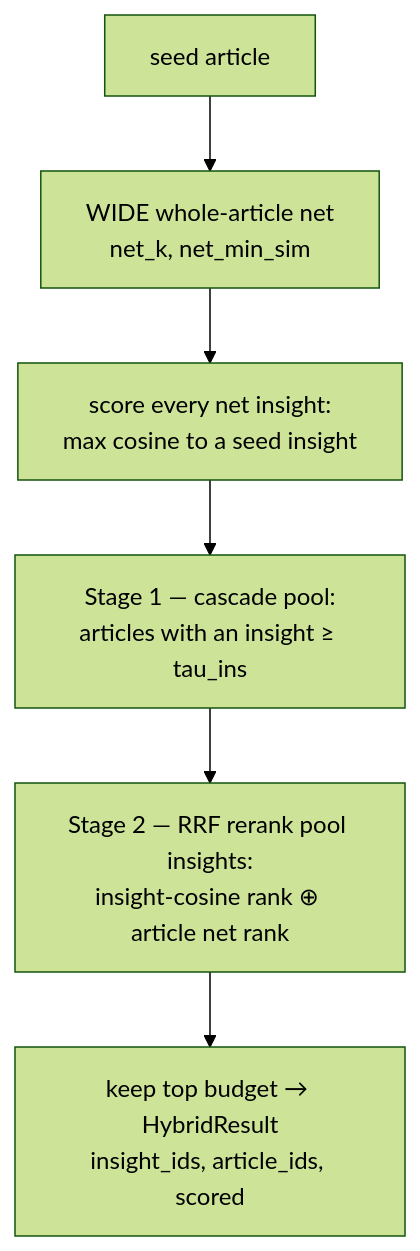
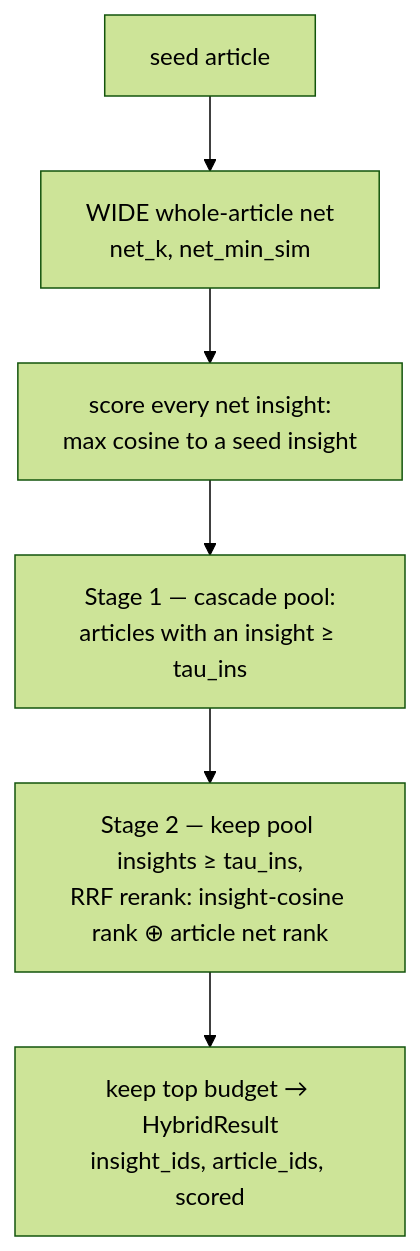
Before and after one commit to ShezZai/Ticker_News_Analyzer: the fourth of 7 diagrams in docs/flows.md, drawn with Mermaid (forest theme). The commit also changed other lines of this file and 3 other files, not shown here.

````diff
--- a/docs/flows.md
+++ b/docs/flows.md
@@ -220,8 +220,8 @@
 ```mermaid
 flowchart TD
     S[seed article] --> NET[WIDE whole-article net<br/>net_k, net_min_sim]
     NET --> COS[score every net insight:<br/>max cosine to a seed insight]
     COS --> POOL[Stage 1 — cascade pool:<br/>articles with an insight ≥ tau_ins]
-    POOL --> FUSE[Stage 2 — RRF rerank pool insights:<br/>insight-cosine rank ⊕ article net rank]
+    POOL --> FUSE[Stage 2 — keep pool insights ≥ tau_ins,<br/>RRF rerank: insight-cosine rank ⊕ article net rank]
     FUSE --> KEEP[keep top budget → HybridResult<br/>insight_ids, article_ids, scored]
 ```
````
